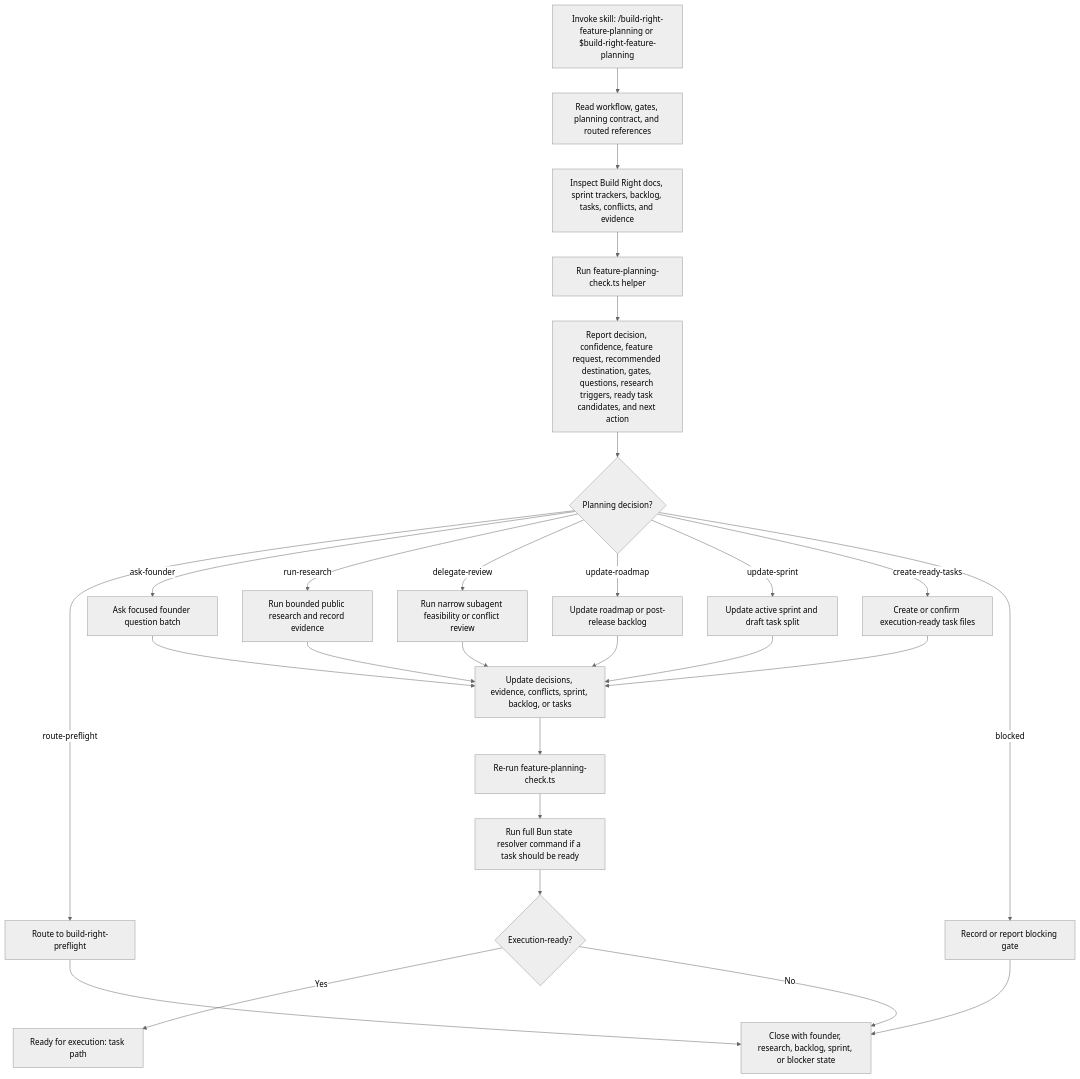
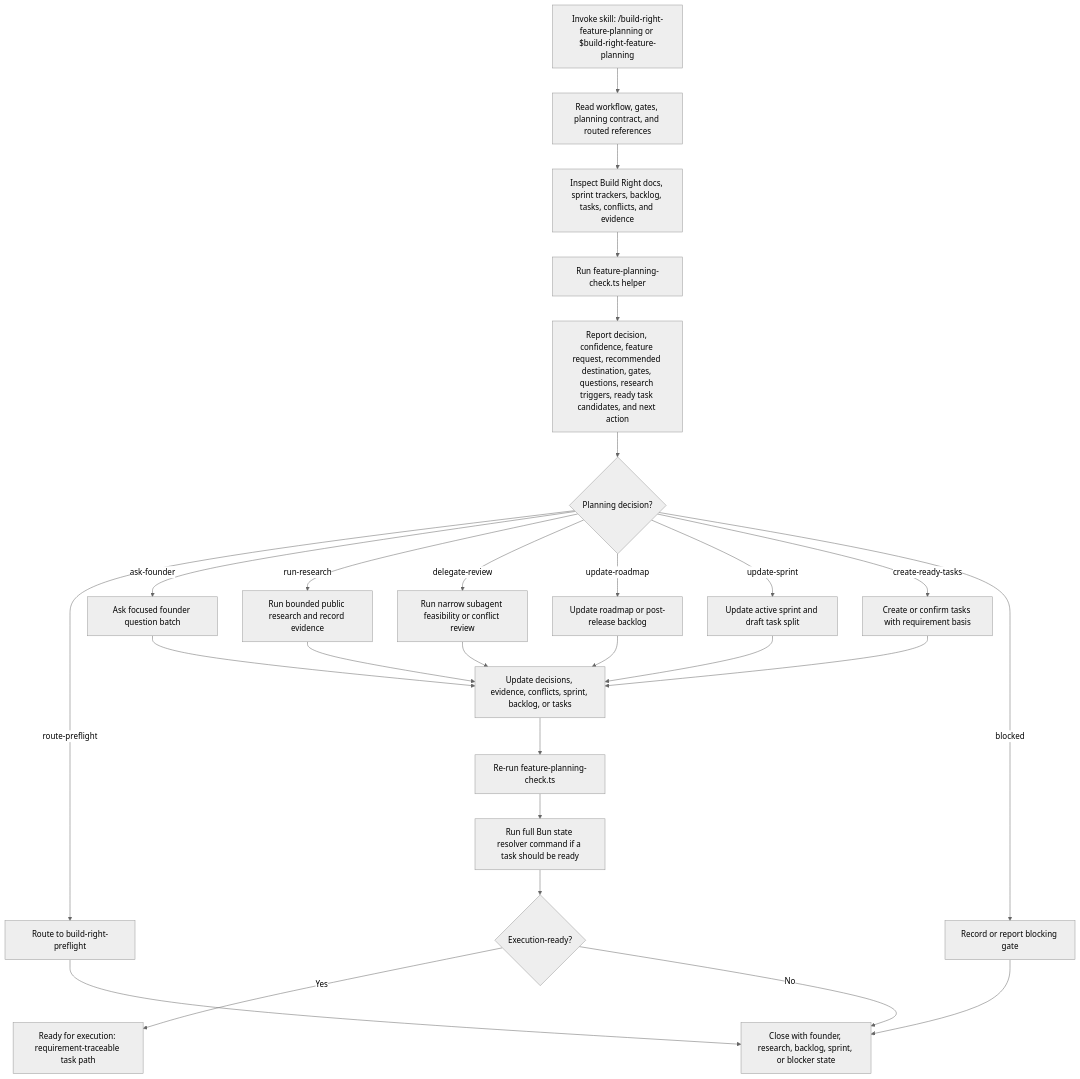
Before and after one commit to pax-k/build-right: the seventh of 12 diagrams in docs/agent-skills-flow-diagrams.md, drawn with Mermaid (neutral theme). The commit also changed 32 other files, not shown here.

````diff
--- a/docs/agent-skills-flow-diagrams.md
+++ b/docs/agent-skills-flow-diagrams.md
@@ -247,29 +247,29 @@
 ```mermaid
 flowchart TD
   A["Invoke skill: /build-right-feature-planning or $build-right-feature-planning"] --> B["Read workflow, gates, planning contract, and routed references"]
   B --> C["Inspect Build Right docs, sprint trackers, backlog, tasks, conflicts, and evidence"]
   C --> D["Run feature-planning-check.ts helper"]
   D --> E["Report decision, confidence, feature request, recommended destination, gates, questions, research triggers, ready task candidates, and next action"]
   E --> F{"Planning decision?"}
   F -->|"route-preflight"| G["Route to build-right-preflight"]
   F -->|"ask-founder"| H["Ask focused founder question batch"]
   F -->|"run-research"| I["Run bounded public research and record evidence"]
   F -->|"delegate-review"| J["Run narrow subagent feasibility or conflict review"]
   F -->|"update-roadmap"| K["Update roadmap or post-release backlog"]
   F -->|"update-sprint"| L["Update active sprint and draft task split"]
-  F -->|"create-ready-tasks"| M["Create or confirm execution-ready task files"]
+  F -->|"create-ready-tasks"| M["Create or confirm tasks with requirement basis"]
   F -->|"blocked"| N["Record or report blocking gate"]
   H --> O["Update decisions, evidence, conflicts, sprint, backlog, or tasks"]
   I --> O
   J --> O
   K --> O
   L --> O
   M --> O
   O --> P["Re-run feature-planning-check.ts"]
   P --> Q["Run full Bun state resolver command if a task should be ready"]
   Q --> R{"Execution-ready?"}
-  R -->|"Yes"| S["Ready for execution: task path"]
+  R -->|"Yes"| S["Ready for execution: requirement-traceable task path"]
   R -->|"No"| T["Close with founder, research, backlog, sprint, or blocker state"]
   G --> T
   N --> T
 ```
````
